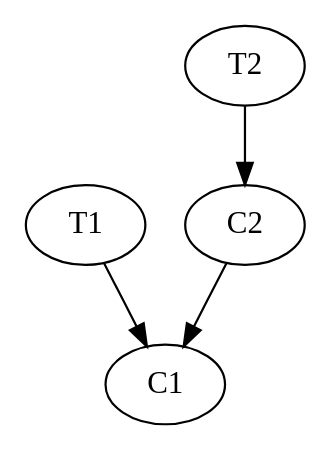
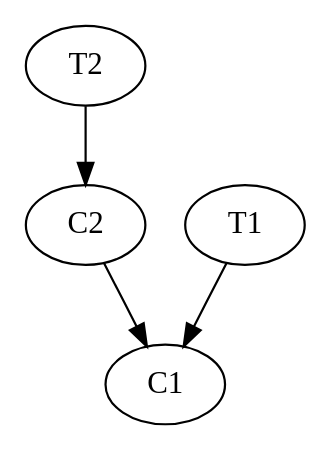
One commit to ErikHedblom/Master-Thesis changed the diagram in Dot/GraphExample.dot. Above: the diagram before and after it, drawn with Graphviz. The commit also changed 2 other files, not shown here.

Commit message:
Updated the graphs in chapter 4

```diff
--- a/Dot/GraphExample.dot
+++ b/Dot/GraphExample.dot
@@ -1,5 +1,11 @@
 digraph DependencyGraph {
-	"C2" -> "C1"
-	"T1" -> "C1"
-	"T2" -> "C2"	
+	C1 [label="C1"]
+	C2 [label="C2"]
+	T1 [label="T1"]
+	T2 [label="T2"]
+
+	rank = same;
+	C2 -> C1;
+	T1 -> C1;
+	T2 -> C2;	
 }
```
